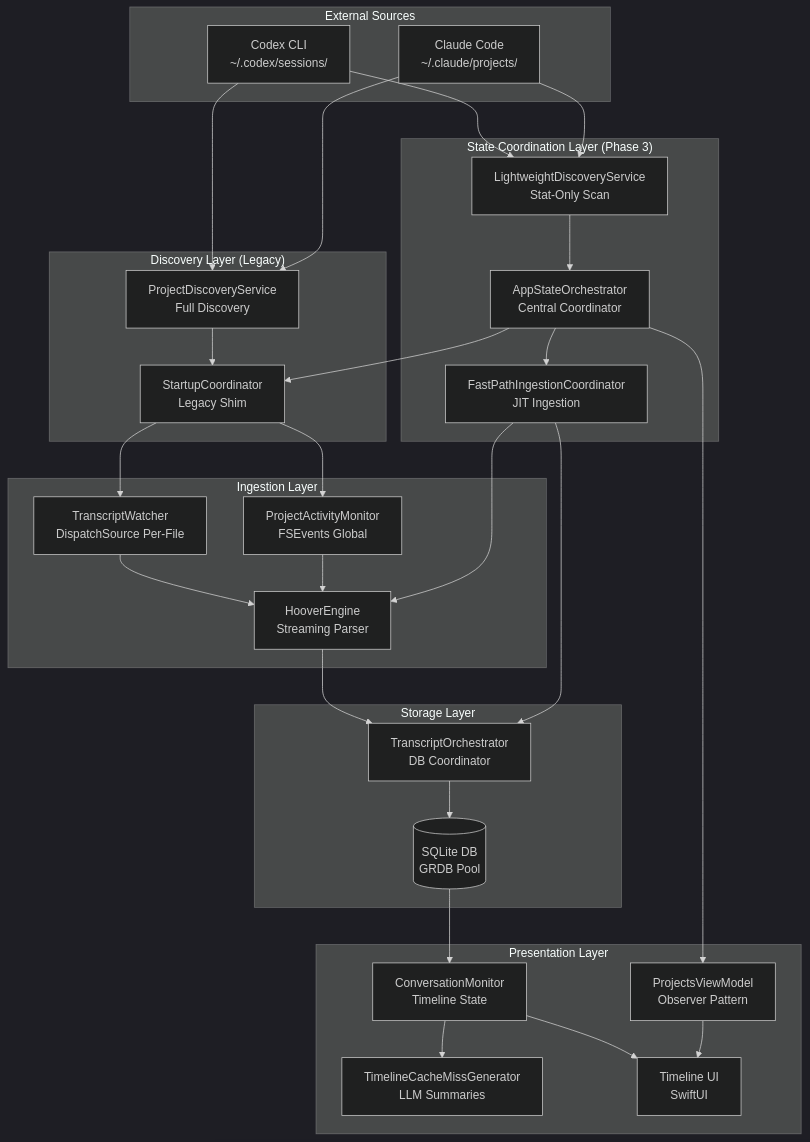
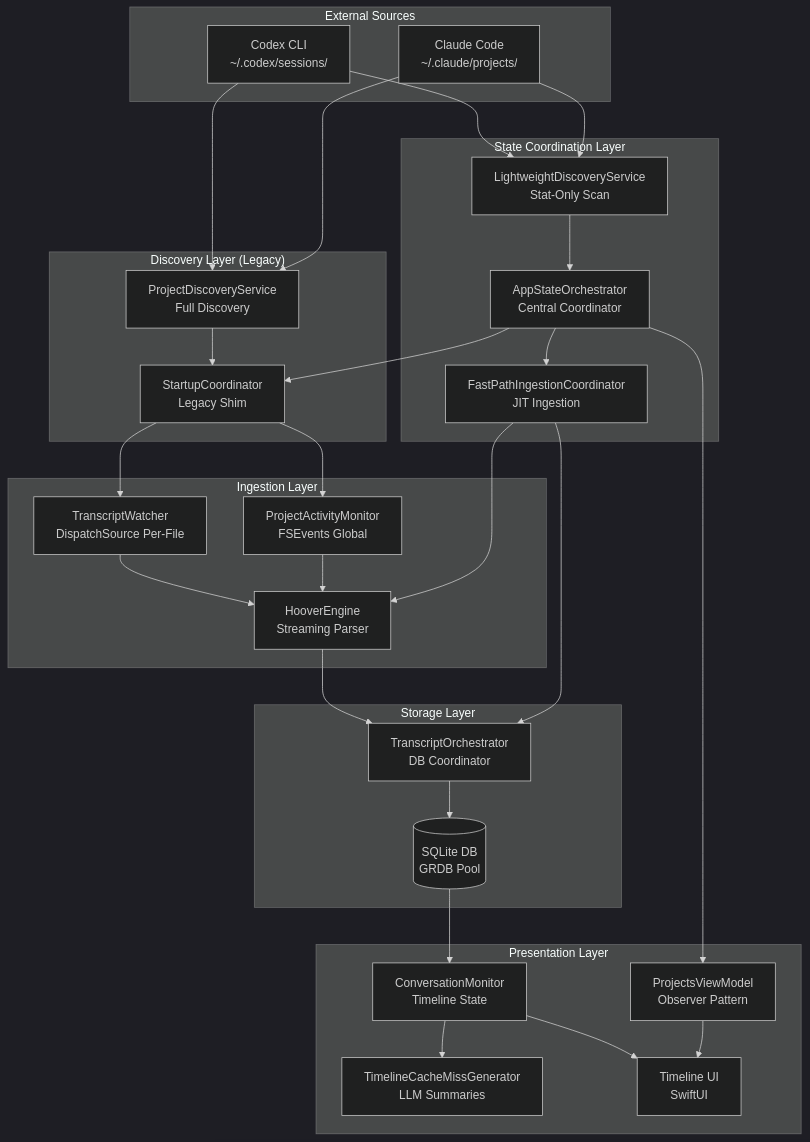
The first of 6 diagrams in build/docs/architecture/data-pipeline-architecture.md (PeterPym/contextify), drawn with Mermaid (dark theme) before and after one commit. The commit also changed other lines of this file and 1 other file, not shown here.

First line of the commit message:
docs: rewrite Priority 1 architecture docs to describe current state

````diff
--- a/build/docs/architecture/data-pipeline-architecture.md
+++ b/build/docs/architecture/data-pipeline-architecture.md
@@ -74,65 +72,65 @@
 ```mermaid
 graph TB
     subgraph "External Sources"
         CC[Claude Code<br/>~/.claude/projects/]
         CX[Codex CLI<br/>~/.codex/sessions/]
     end
 
-    subgraph "State Coordination Layer (Phase 3)"
+    subgraph "State Coordination Layer"
         ASO[AppStateOrchestrator<br/>Central Coordinator]
         LDS[LightweightDiscoveryService<br/>Stat-Only Scan]
         FPI[FastPathIngestionCoordinator<br/>JIT Ingestion]
     end
 
     subgraph "Discovery Layer (Legacy)"
         SC[StartupCoordinator<br/>Legacy Shim]
         PDS[ProjectDiscoveryService<br/>Full Discovery]
     end
 
     subgraph "Ingestion Layer"
         PAM[ProjectActivityMonitor<br/>FSEvents Global]
         TW[TranscriptWatcher<br/>DispatchSource Per-File]
         HE[HooverEngine<br/>Streaming Parser]
     end
 
     subgraph "Storage Layer"
         TO[TranscriptOrchestrator<br/>DB Coordinator]
         DB[(SQLite DB<br/>GRDB Pool)]
     end
 
     subgraph "Presentation Layer"
         PVM[ProjectsViewModel<br/>Observer Pattern]
         CM[ConversationMonitor<br/>Timeline State]
         TCMG[TimelineCacheMissGenerator<br/>LLM Summaries]
         UI[Timeline UI<br/>SwiftUI]
     end
 
     CC --> LDS
     CX --> LDS
 
     LDS --> ASO
     ASO --> FPI
     ASO --> SC
     FPI --> HE
     FPI --> TO
 
     ASO --> PVM
     PVM --> UI
 
     CC --> PDS
     CX --> PDS
     PDS --> SC
 
     SC --> PAM
     SC --> TW
 
     PAM --> HE
     TW --> HE
 
     HE --> TO
     TO --> DB
 
     DB --> CM
     CM --> TCMG
     CM --> UI
 ```
````
